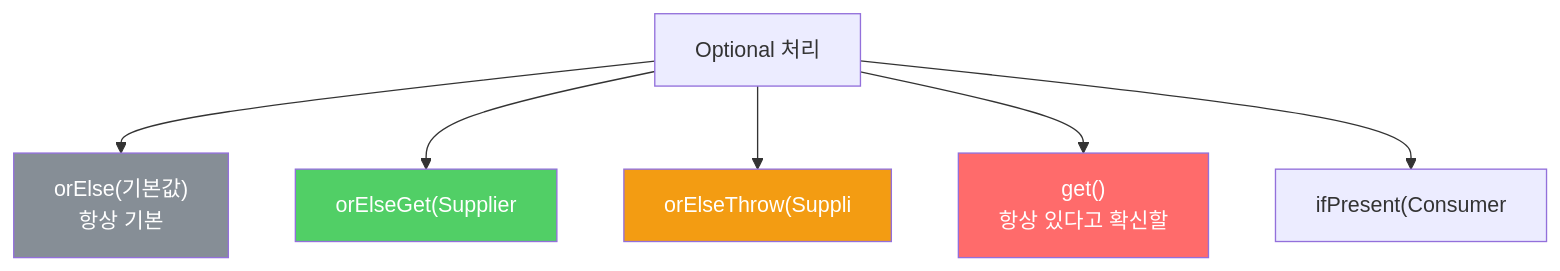
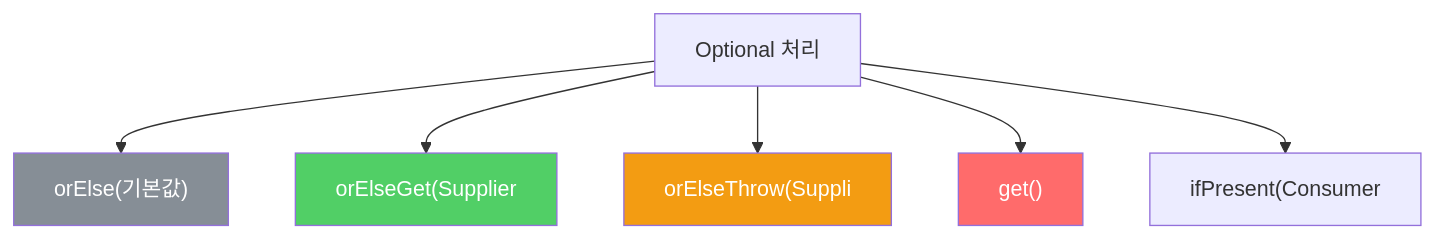
Before and after one commit to yjkim2015/yjkim2015.github.io: the first of 2 diagrams in _posts/java/2022-02-08-effective-java55.md, drawn with Mermaid. The commit also changed other lines of this file and 217 other files, not shown here.

First line of the commit message:
Mermaid 크기 수정: useMaxWidth:true + SVG max-width:100% + 라벨 축소

````diff
--- a/_posts/java/2022-02-08-effective-java55.md
+++ b/_posts/java/2022-02-08-effective-java55.md
@@ -85,12 +85,12 @@
 ```mermaid
 graph TD
-    A["Optional<T> 처리"] --> B["orElse(기본값)\n항상 기본"]
+    A["Optional<T> 처리"] --> B["orElse(기본값)"]
     A --> C["orElseGet(Supplier"]
     A --> D["orElseThrow(Suppli"]
-    A --> E["get()\n항상 있다고 확신할"]
+    A --> E["get()"]
     A --> F["ifPresent(Consumer"]
     style C fill:#51cf66,color:#fff
     style D fill:#f39c12,color:#fff
     style E fill:#ff6b6b,color:#fff
     style B fill:#868e96,color:#fff
 ```
````
